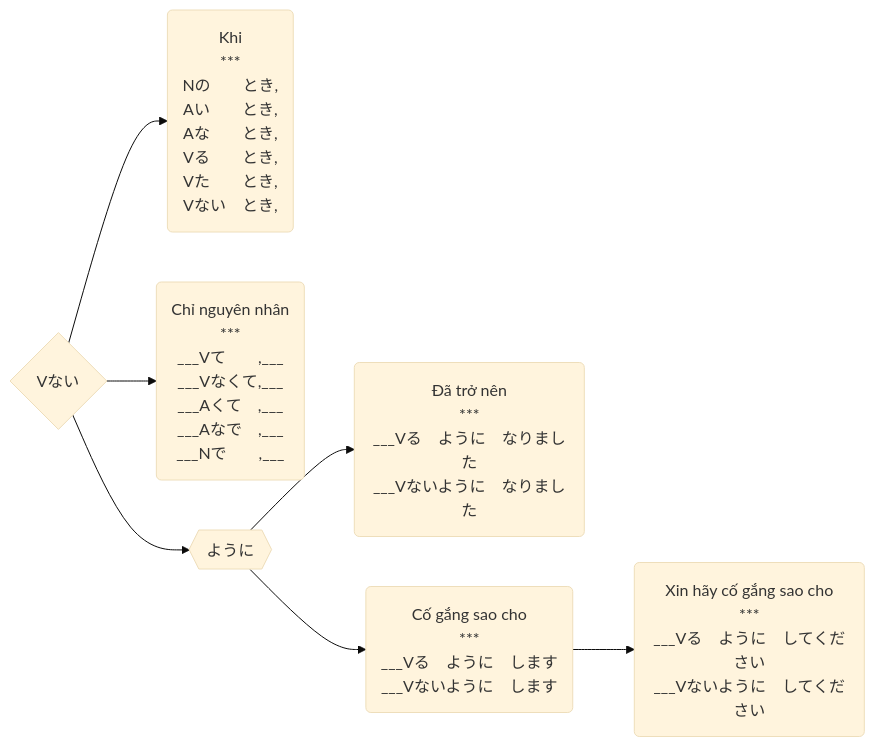
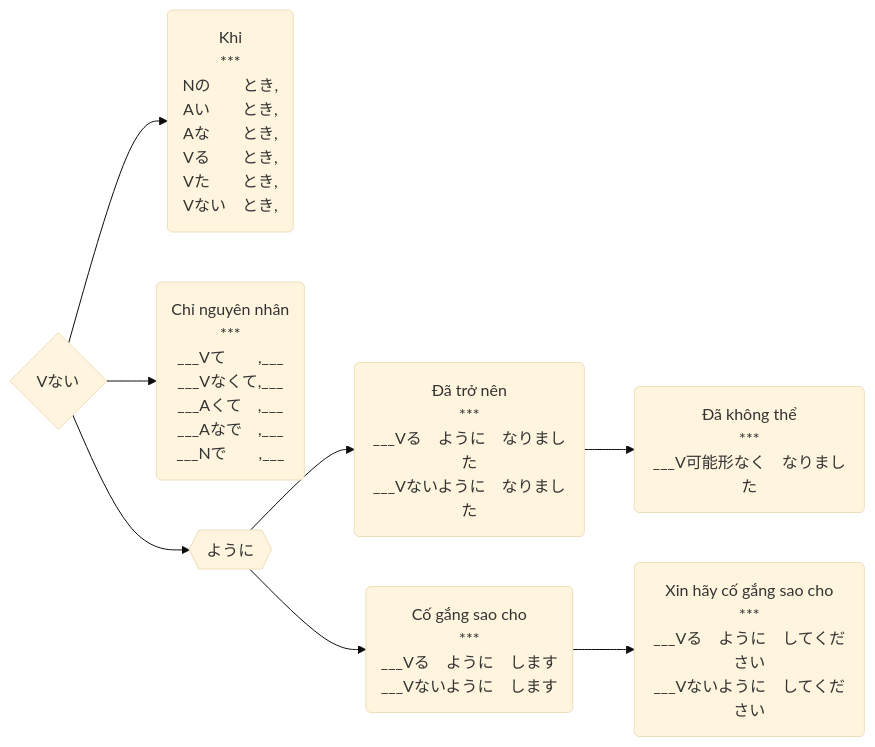
One commit to tea1504/learn changed the diagram in The/未然形.md. Above: the diagram before and after it, drawn with Mermaid (base theme). The commit also changed 12 other files, not shown here.

````diff
--- a/The/未然形.md
+++ b/The/未然形.md
@@ -1,11 +1,12 @@
 ```mermaid
 graph LR;
     V{Vない}
 
     V-->khi(Khi\n***\nNの　　とき,\nAい　　とき,\nAな　　とき,\nVる　　とき,\nVた　　とき,\nVない　とき,)
     V-->chiNguyenNhan(Chỉ nguyên nhân\n***\n___Vて　　,___\n___Vなくて,___\n___Aくて　,___\n___Aなで　,___\n___Nで　　,___)
     V-->youni{{ように}}
     youni-->daTroNen(Đã trở nên\n***\n___Vる　ように　なりました\n___Vないように　なりました)
     youni-->coGangSaoCho(Cố gắng sao cho\n***\n___Vる　ように　します\n___Vないように　します)
     coGangSaoCho-->xinHayCoGangSaoCho(Xin hãy cố gắng sao cho\n***\n___Vる　ように　してください\n___Vないように　してください)
+    daTroNen-->daKhongThe(Đã không thể\n***\n___V可能形なく　なりました)
 ```
````
